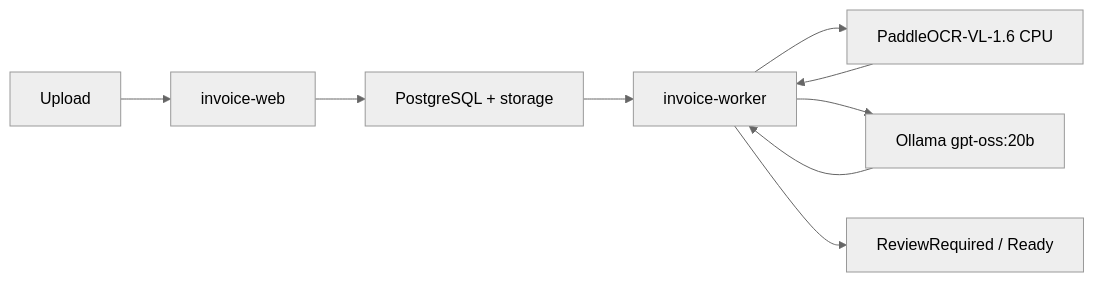
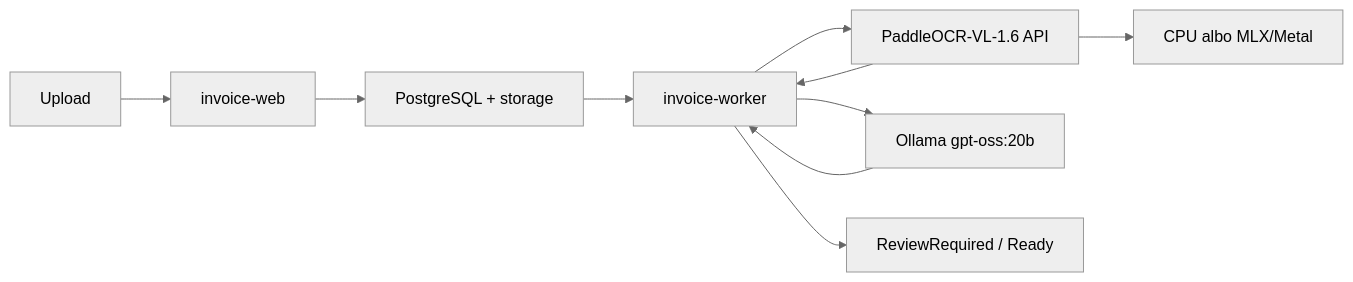
The diagram in docs/05-local-container-test.md (jklebucki/AJKDocumentCapture), drawn with Mermaid (neutral theme) before and after one commit. The commit also changed other lines of this file and 4 other files, not shown here.

Commit message:
docs: record PaddleOCR runtime profiles and benchmark

````diff
--- a/docs/05-local-container-test.md
+++ b/docs/05-local-container-test.md
@@ -3,11 +3,12 @@
 ```mermaid
 flowchart LR
   U["Upload"] --> W["invoice-web"]
   W --> Q["PostgreSQL + storage"]
   Q --> K["invoice-worker"]
-  K --> P["PaddleOCR-VL-1.6 CPU"]
+  K --> P["PaddleOCR-VL-1.6 API"]
+  P --> V["CPU albo MLX/Metal"]
   P --> K
   K --> O["Ollama gpt-oss:20b"]
   O --> K
   K --> R["ReviewRequired / Ready"]
 ```
````
